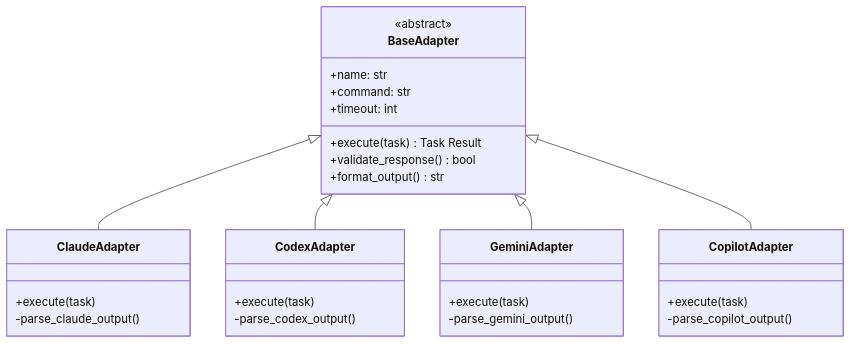
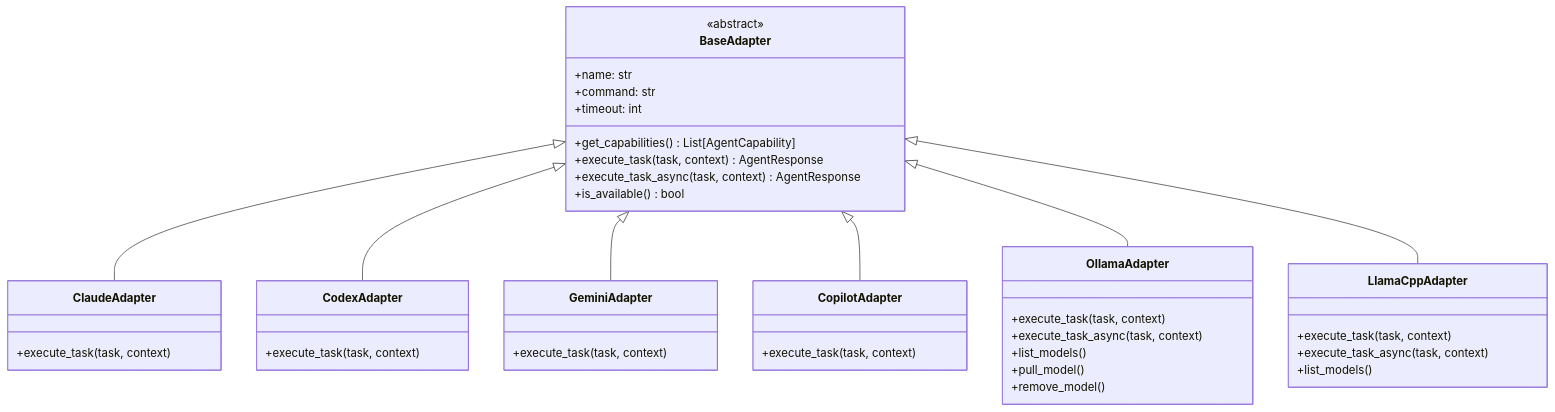
Before and after one commit to 2430468136/AI-Orchestrator-Agents: the fourth of 13 diagrams in ARCHITECTURE.md, drawn with Mermaid. The commit also changed other lines of this file and 32 other files, not shown here.

````diff
--- a/ARCHITECTURE.md
+++ b/ARCHITECTURE.md
@@ -175,37 +211,50 @@
 ```mermaid
 classDiagram
     class BaseAdapter {
         <<abstract>>
         +name: str
         +command: str
         +timeout: int
-        +execute(task) Task Result
-        +validate_response() bool
-        +format_output() str
+        +get_capabilities() List[AgentCapability]
+        +execute_task(task, context) AgentResponse
+        +execute_task_async(task, context) AgentResponse
+        +is_available() bool
     }
 
     class ClaudeAdapter {
-        +execute(task)
-        -parse_claude_output()
+        +execute_task(task, context)
     }
 
     class CodexAdapter {
-        +execute(task)
-        -parse_codex_output()
+        +execute_task(task, context)
     }
 
     class GeminiAdapter {
-        +execute(task)
-        -parse_gemini_output()
+        +execute_task(task, context)
     }
 
     class CopilotAdapter {
-        +execute(task)
-        -parse_copilot_output()
+        +execute_task(task, context)
+    }
+
+    class OllamaAdapter {
+        +execute_task(task, context)
+        +execute_task_async(task, context)
+        +list_models()
+        +pull_model()
+        +remove_model()
+    }
+
+    class LlamaCppAdapter {
+        +execute_task(task, context)
+        +execute_task_async(task, context)
+        +list_models()
     }
 
     BaseAdapter <|-- ClaudeAdapter
     BaseAdapter <|-- CodexAdapter
     BaseAdapter <|-- GeminiAdapter
     BaseAdapter <|-- CopilotAdapter
+    BaseAdapter <|-- OllamaAdapter
+    BaseAdapter <|-- LlamaCppAdapter
 ```
````
